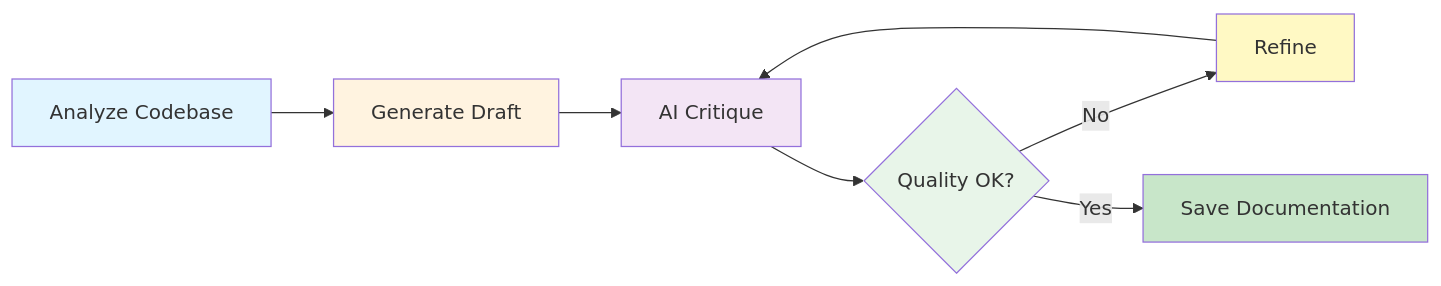
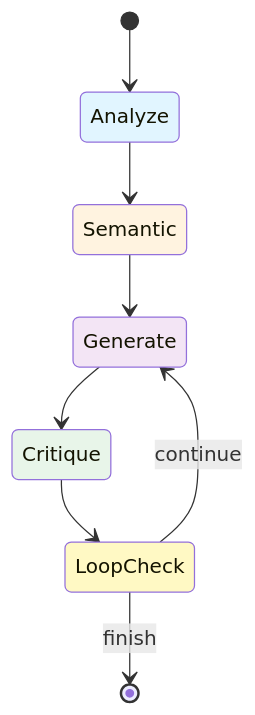
One commit to deepak-sekarbabu/ai-doc-agent changed the diagram in docs/index.md. Above: the diagram before and after it, drawn with Mermaid. The commit also changed other lines of this file and 18 other files, not shown here.

````diff
--- a/docs/index.md
+++ b/docs/index.md
@@ -70,16 +81,16 @@
 ```mermaid
-graph LR
-    A[Analyze Codebase] --> B[Generate Draft]
-    B --> C[AI Critique]
-    C --> D{Quality OK?}
-    D -->|No| E[Refine]
-    E --> C
-    D -->|Yes| F[Save Documentation]
-    
-    style A fill:#e1f5ff
-    style B fill:#fff3e0
-    style C fill:#f3e5f5
-    style D fill:#e8f5e9
-    style E fill:#fff9c4
-    style F fill:#c8e6c9
+stateDiagram-v2
+    [*] --> Analyze
+    Analyze --> Semantic
+    Semantic --> Generate
+    Generate --> Critique
+    Critique --> LoopCheck
+    LoopCheck --> Generate : continue
+    LoopCheck --> [*] : finish
+
+    style Analyze fill:#e1f5ff
+    style Semantic fill:#fff3e0
+    style Generate fill:#f3e5f5
+    style Critique fill:#e8f5e9
+    style LoopCheck fill:#fff9c4
 ```
````
